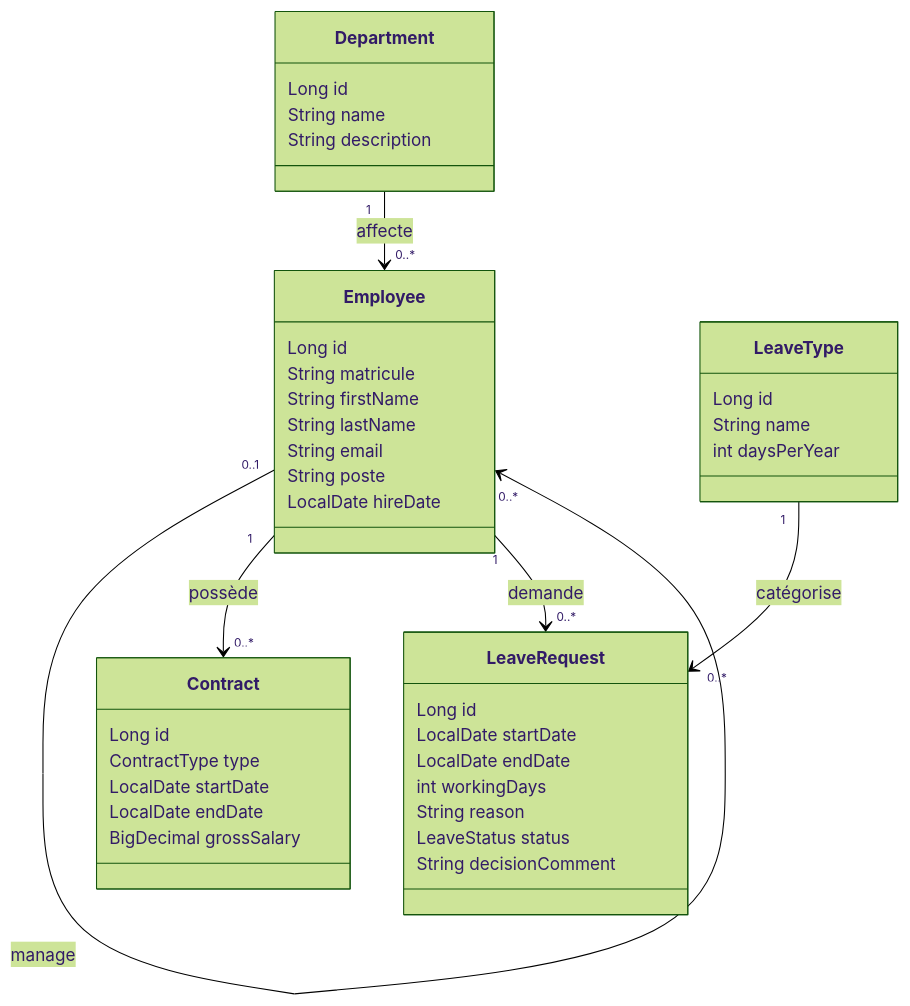
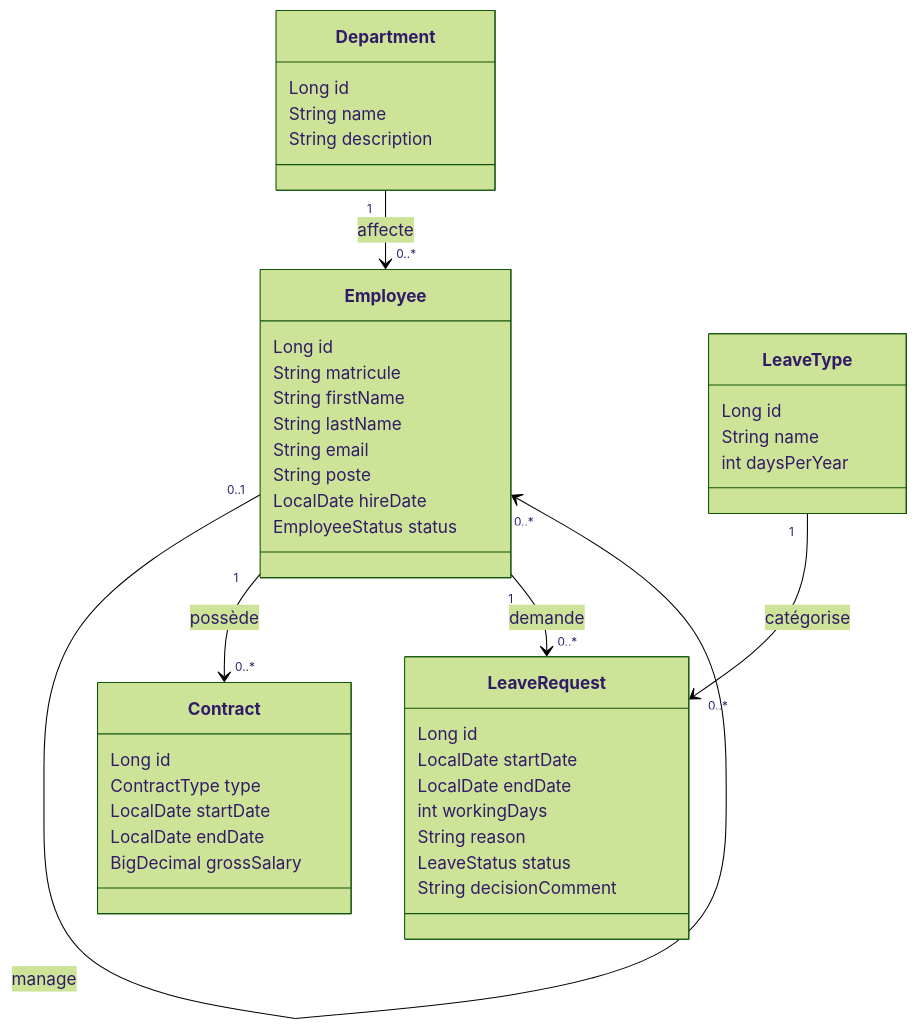
The diagram in README.md (chaimaa-elomrani/AtlasRH), drawn with Mermaid (forest theme) before and after one commit. The commit also changed other lines of this file and 8 other files, not shown here.

Commit message:
Add employee status and active-name stream endpoint

````diff
--- a/README.md
+++ b/README.md
@@ -102,44 +103,45 @@
 ```mermaid
 classDiagram
     Department "1" --> "0..*" Employee : affecte
     Employee "0..1" --> "0..*" Employee : manage
     Employee "1" --> "0..*" Contract : possède
     Employee "1" --> "0..*" LeaveRequest : demande
     LeaveType "1" --> "0..*" LeaveRequest : catégorise
 
     class Department {
       Long id
       String name
       String description
     }
     class Employee {
       Long id
       String matricule
       String firstName
       String lastName
       String email
       String poste
       LocalDate hireDate
+      EmployeeStatus status
     }
     class Contract {
       Long id
       ContractType type
       LocalDate startDate
       LocalDate endDate
       BigDecimal grossSalary
     }
     class LeaveType {
       Long id
       String name
       int daysPerYear
     }
     class LeaveRequest {
       Long id
       LocalDate startDate
       LocalDate endDate
       int workingDays
       String reason
       LeaveStatus status
       String decisionComment
     }
 ```
````
